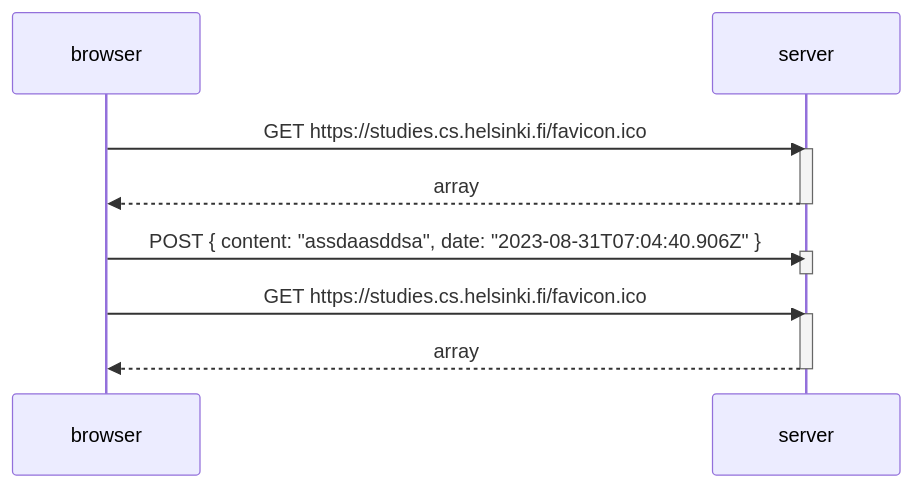
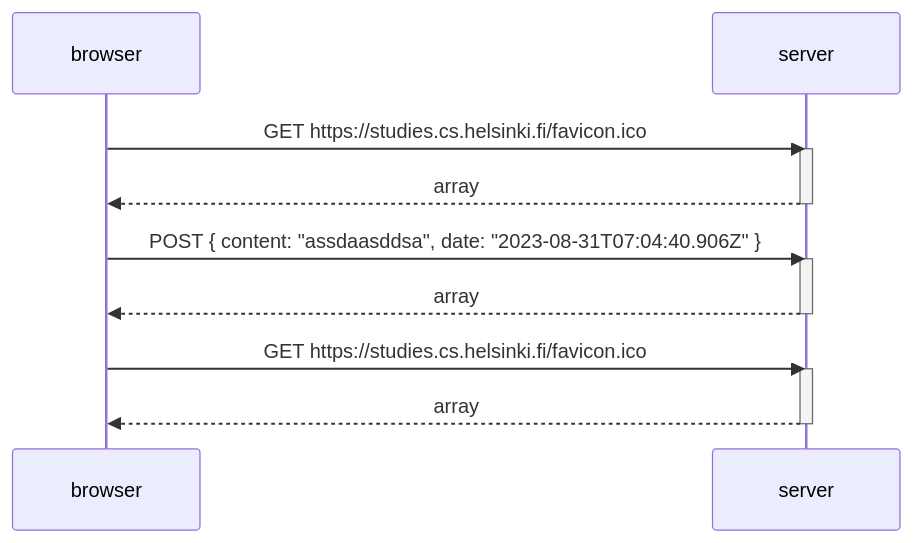
Before and after one commit to valtteriper/FullstackOpen: the diagram in part_0_4.md, drawn with Mermaid.

````diff
--- a/part_0_4.md
+++ b/part_0_4.md
@@ -1,20 +1,21 @@
 ```mermaid
 sequenceDiagram
     participant browser
     participant server
     
     browser->>server: GET https://studies.cs.helsinki.fi/favicon.ico
     activate server
     server-->>browser: array
     deactivate server
 
     browser->>server: POST { content: "assdaasddsa", date: "2023-08-31T07:04:40.906Z" }
     activate server
+    server-->>browser: array
     deactivate server
 
     browser->>server: GET https://studies.cs.helsinki.fi/favicon.ico
     activate server
     server-->>browser: array
     deactivate server
 
 ```
````
